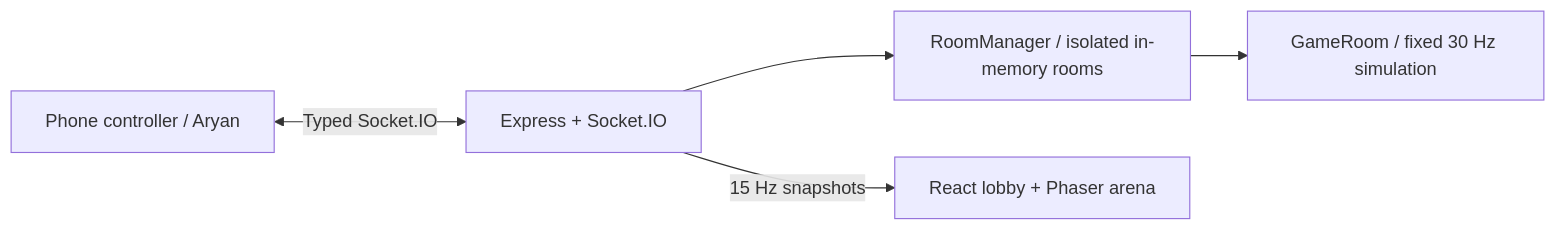
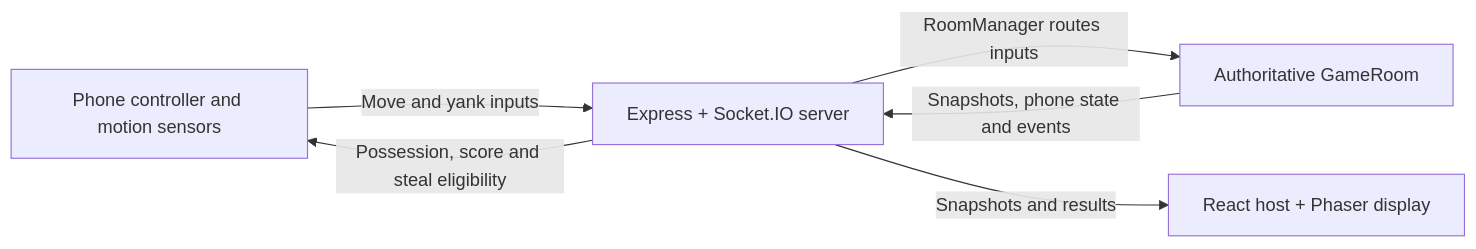
One commit to SwayamKandoi/CrownFall changed the diagram in README.md. Above: the diagram before and after it, drawn with Mermaid. The commit also changed other lines of this file and 1 other file, not shown here.

````diff
--- a/README.md
+++ b/README.md
@@ -27,7 +38,8 @@
 ```mermaid
 flowchart LR
-  Phone[Phone controller / Aryan] <-->|Typed Socket.IO| Server[Express + Socket.IO]
-  Server --> Rooms[RoomManager / isolated in-memory rooms]
-  Rooms --> Game[GameRoom / fixed 30 Hz simulation]
-  Server -->|15 Hz snapshots| Host[React lobby + Phaser arena]
+  Phone[Phone controller and motion sensors] -->|Move and yank inputs| Server[Express + Socket.IO server]
+  Server -->|RoomManager routes inputs| Game[Authoritative GameRoom]
+  Game -->|Snapshots, phone state and events| Server
+  Server -->|Snapshots and results| Host[React host + Phaser display]
+  Server -->|Possession, score and steal eligibility| Phone
 ```
````
